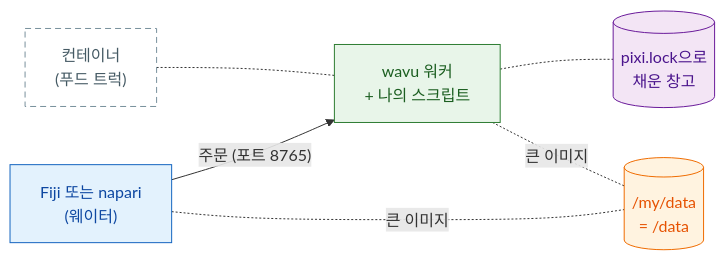
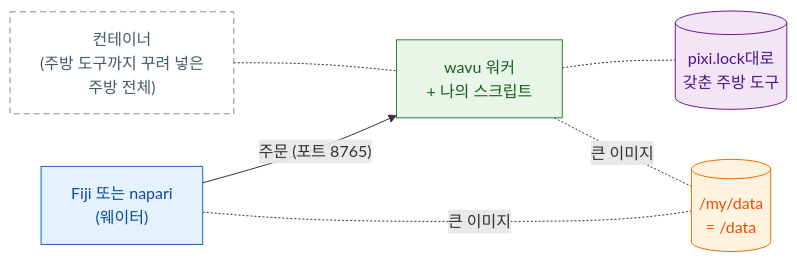
One commit to Oxford-Zeiss-Centre-of-Excellence/Wavu changed the diagram in guide/write/container.ko.md. Above: the diagram before and after it, drawn with Mermaid. The commit also changed other lines of this file and 221 other files, not shown here.

````diff
--- a/guide/write/container.ko.md
+++ b/guide/write/container.ko.md
@@ -10,19 +11,19 @@
 ```mermaid
 flowchart LR
     V["Fiji 또는 napari<br/>(웨이터)"]:::fiji
-    T["컨테이너<br/>(푸드 트럭)"]:::box
+    T["컨테이너<br/>(주방 도구까지 꾸려 넣은<br/>주방 전체)"]:::box
     W["wavu 워커<br/>+ 나의 스크립트"]:::worker
-    E[("pixi.lock으로<br/>채운 창고")]:::env
+    E[("pixi.lock대로<br/>갖춘 주방 도구")]:::env
     D[("/my/data<br/>= /data")]:::script
     V -- "주문 (포트 8765)" --> W
     T -.- W
     W -.- E
     V -.-|큰 이미지| D
     W -.-|큰 이미지| D
 
     classDef fiji   fill:#e3f2fd,stroke:#1565c0,color:#0d47a1
     classDef worker fill:#e8f5e9,stroke:#2e7d32,color:#1b5e20
     classDef script fill:#fff3e0,stroke:#ef6c00,color:#e65100
     classDef env    fill:#f3e5f5,stroke:#6a1b9a,color:#4a148c
     classDef box    fill:#ffffff,stroke:#78909c,stroke-dasharray: 6 4,color:#455a64
 ```
````
